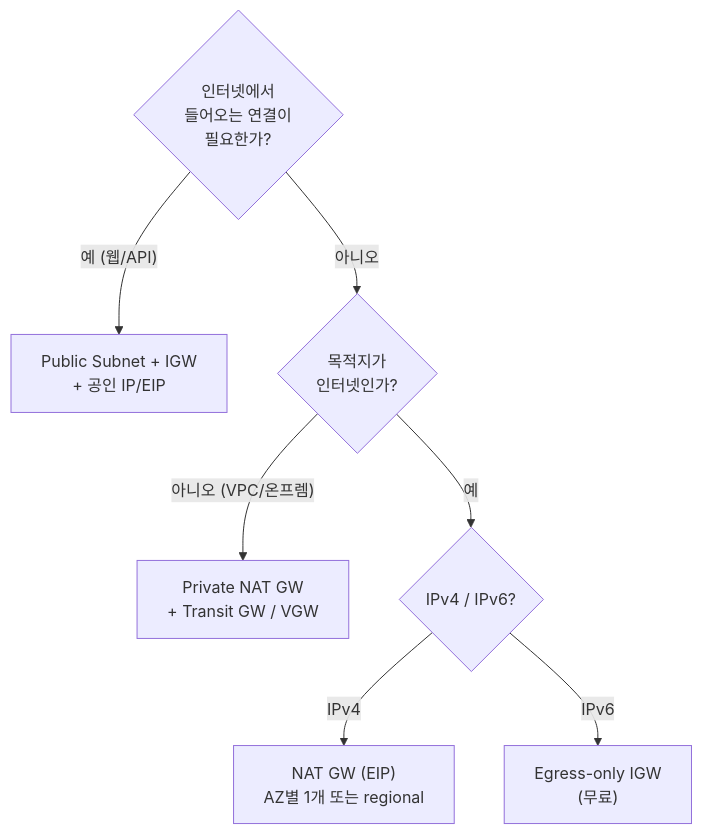
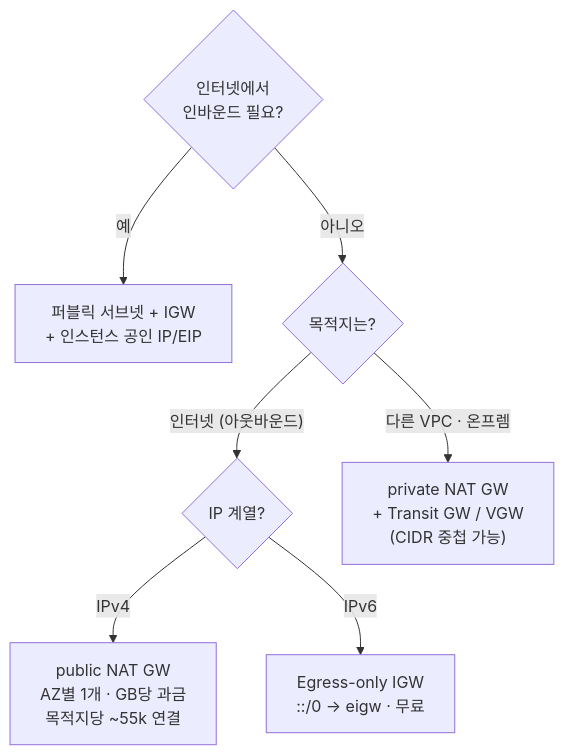
The fourth of 4 diagrams in _posts/2026-06-28-aws-vpc-2.md (hongjeZZ/hongjeZZ.github.io), drawn with Mermaid before and after one commit. The commit also changed other lines of this file, not shown here.

First line of the commit message:
refactor(post): AWS VPC 2편 난이도 계단 적용 (§2.5) (#20)

````diff
--- a/_posts/2026-06-28-aws-vpc-2.md
+++ b/_posts/2026-06-28-aws-vpc-2.md
@@ -546,10 +890,12 @@
 ```mermaid
 flowchart TD
-    Q1{"인터넷에서<br/>들어오는 연결이<br/>필요한가?"}
-    Q1 -- "예 (웹/API)" --> IGW["Public Subnet + IGW<br/>+ 공인 IP/EIP"]
-    Q1 -- "아니오" --> Q2{"목적지가<br/>인터넷인가?"}
-    Q2 -- "아니오 (VPC/온프렘)" --> PNAT["Private NAT GW<br/>+ Transit GW / VGW"]
-    Q2 -- "예" --> Q3{"IPv4 / IPv6?"}
-    Q3 -- "IPv4" --> NAT["NAT GW (EIP)<br/>AZ별 1개 또는 regional"]
-    Q3 -- "IPv6" --> EIGW["Egress-only IGW<br/>(무료)"]
+    START{"인터넷에서<br/>인바운드 필요?"}
+    START -->|"예"| PUB["퍼블릭 서브넷 + IGW<br/>+ 인스턴스 공인 IP/EIP"]
+    START -->|"아니오"| DIR{"목적지는?"}
+
+    DIR -->|"인터넷 (아웃바운드)"| FAM{"IP 계열?"}
+    DIR -->|"다른 VPC · 온프렘"| PRV["private NAT GW<br/>+ Transit GW / VGW<br/>(CIDR 중첩 가능)"]
+
+    FAM -->|"IPv4"| NAT["public NAT GW<br/>AZ별 1개 · GB당 과금<br/>목적지당 ~55k 연결"]
+    FAM -->|"IPv6"| EIGW["Egress-only IGW<br/>::/0 → eigw · 무료"]
 ```
````
